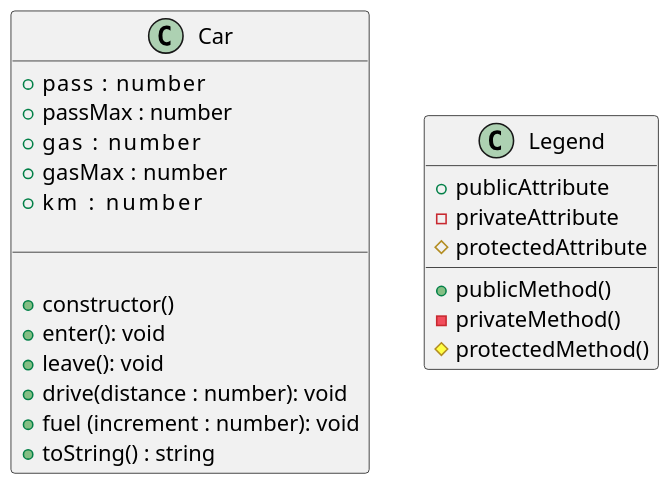
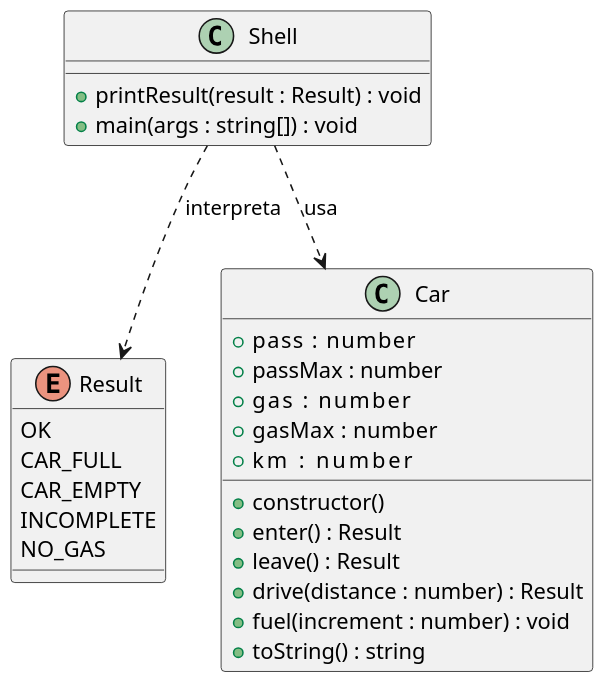
Before and after one commit to qxcodepoo/arcade: the diagram in base/carro/assets/diagrama.puml, drawn with PlantUML. The commit also changed 168 other files, not shown here.

```diff
--- a/base/carro/assets/diagrama.puml
+++ b/base/carro/assets/diagrama.puml
@@ -1,34 +1,38 @@
 @startuml
 
 skinparam defaultFontName "Source Code Pro"
 skinparam dpi 150
+
+enum Result {
+  OK
+  CAR_FULL
+  CAR_EMPTY
+  INCOMPLETE
+  NO_GAS
+}
 
 class Car {
   + pass    : number
   + passMax : number
   + gas     : number
   + gasMax  : number
   + km      : number
-
   __
-  
   + constructor()
-  + enter(): void
-  + leave(): void
-  + drive(distance : number): void  
-  + fuel (increment : number): void
+  + enter() : Result
+  + leave() : Result
+  + drive(distance : number) : Result
+  + fuel(increment : number) : void
   + toString() : string
 }
 
-class Legend {
-  + publicAttribute
-  - privateAttribute
-  # protectedAttribute
+class Shell {
   __
-  + publicMethod()
-  - privateMethod()
-  # protectedMethod()
+  + printResult(result : Result) : void
+  + main(args : string[]) : void
 }
 
+Shell ..> Car : usa
+Shell ..> Result : interpreta
 
 @enduml
```
